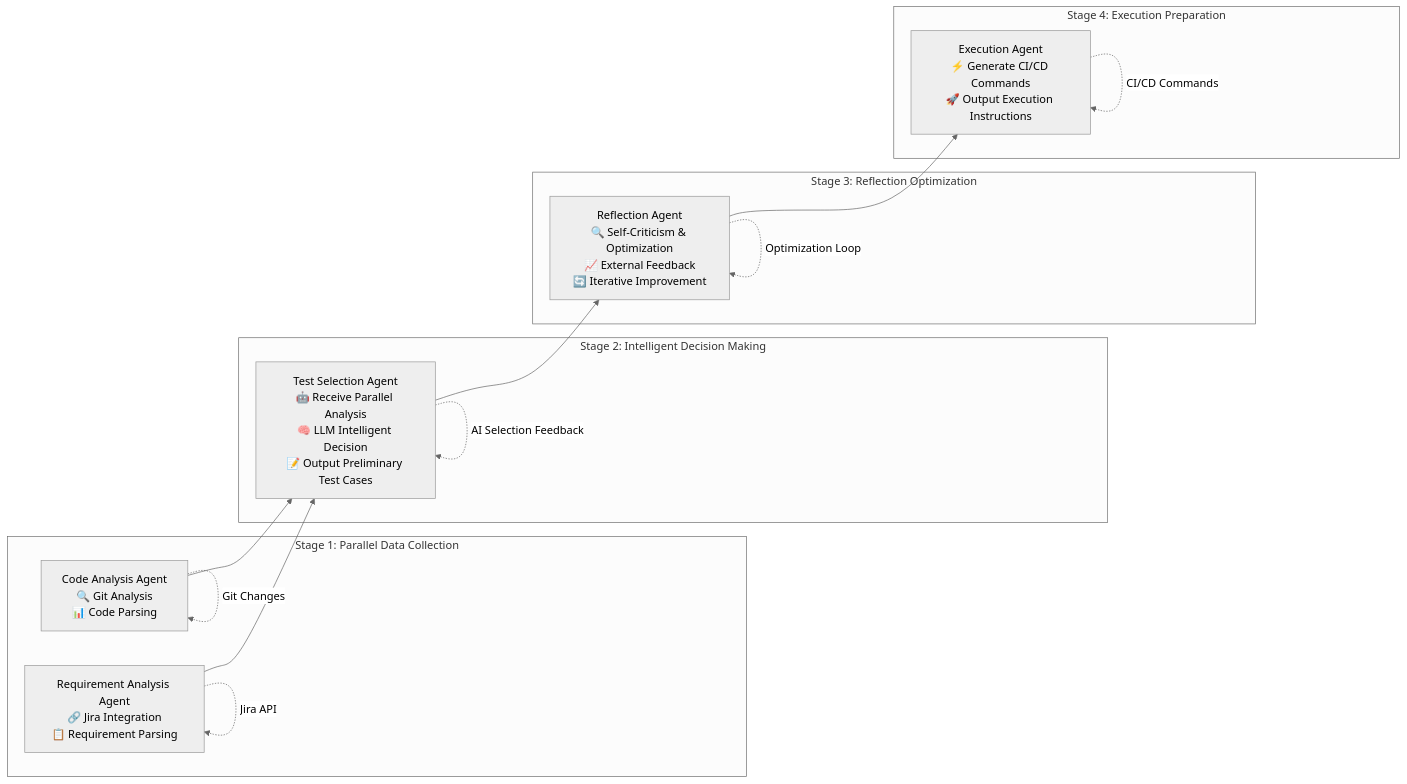
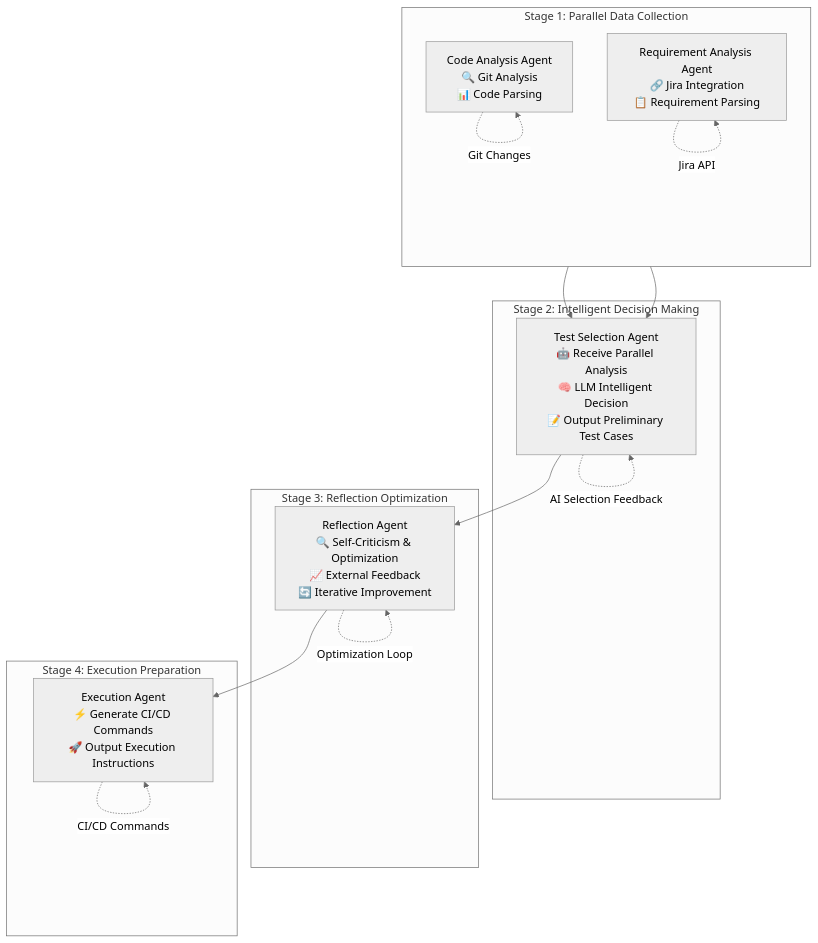
The first of 2 diagrams in README.md (clampist/smarter_case), drawn with Mermaid (neutral theme) before and after one commit.

Commit message:
docs: optimize Agent collaboration flow diagram layout from top-left to bottom-right

````diff
--- a/README.md
+++ b/README.md
@@ -26,30 +26,31 @@
 ```mermaid
-graph LR
-    subgraph "Stage 1: Parallel Data Collection"
+graph TD
+    subgraph S1["Stage 1: Parallel Data Collection"]
+        direction TB
         A[Code Analysis Agent<br/>🔍 Git Analysis<br/>📊 Code Parsing]
         B[Requirement Analysis Agent<br/>🔗 Jira Integration<br/>📋 Requirement Parsing]
     end
     
-    subgraph "Stage 2: Intelligent Decision Making"
+    subgraph S2["Stage 2: Intelligent Decision Making"]
         C[Test Selection Agent<br/>🤖 Receive Parallel Analysis<br/>🧠 LLM Intelligent Decision<br/>📝 Output Preliminary Test Cases]
     end
     
-    subgraph "Stage 3: Reflection Optimization"
+    subgraph S3["Stage 3: Reflection Optimization"]
         D[Reflection Agent<br/>🔍 Self-Criticism & Optimization<br/>📈 External Feedback<br/>🔄 Iterative Improvement]
     end
     
-    subgraph "Stage 4: Execution Preparation"
+    subgraph S4["Stage 4: Execution Preparation"]
         E[Execution Agent<br/>⚡ Generate CI/CD Commands<br/>🚀 Output Execution Instructions]
     end
     
     A --> C
     B --> C
     C --> D
     D --> E
     
     A -.->|Git Changes| A
     B -.->|Jira API| B
     C -.->|AI Selection Feedback| C
     D -.->|Optimization Loop| D
     E -.->|CI/CD Commands| E
 ```
````
